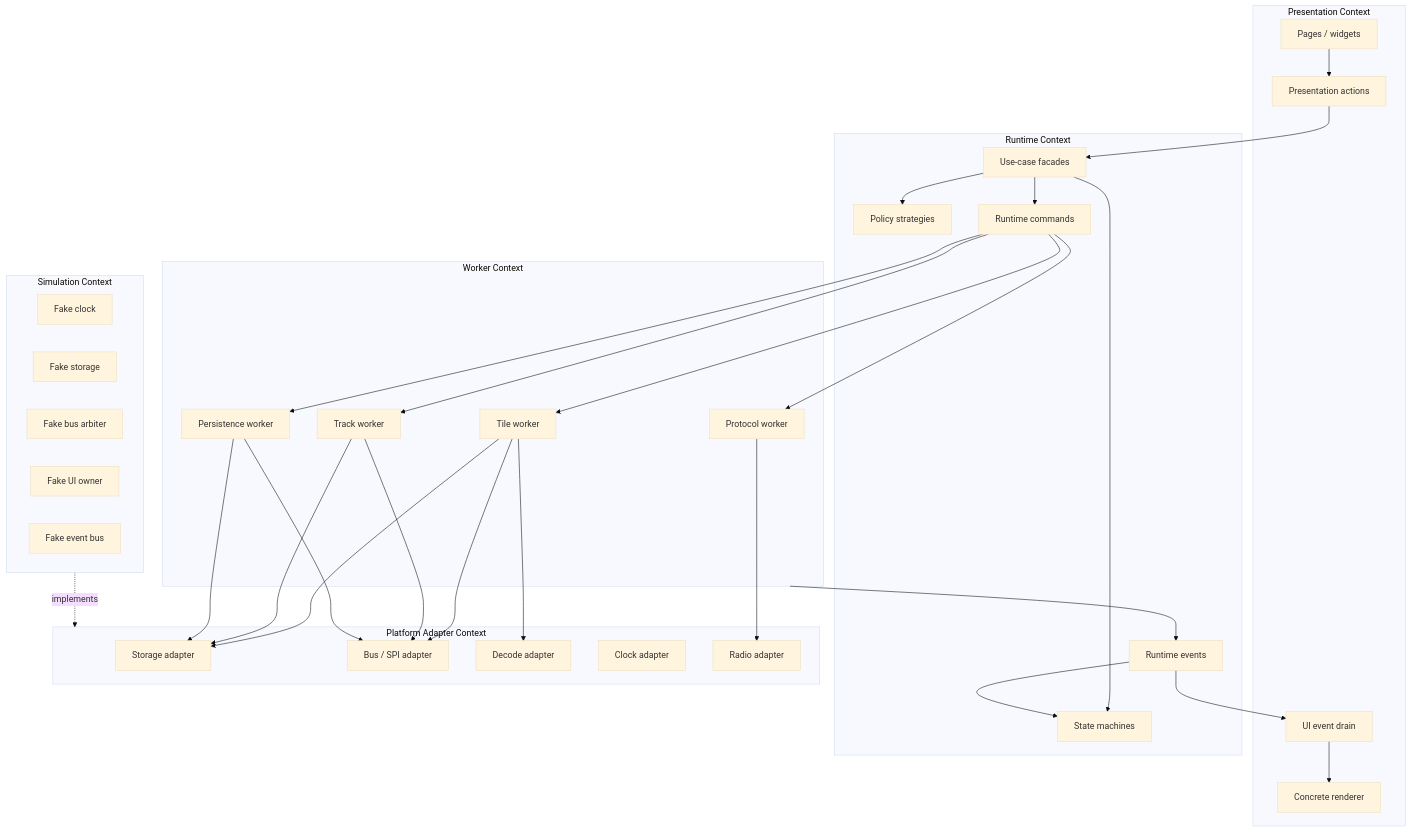
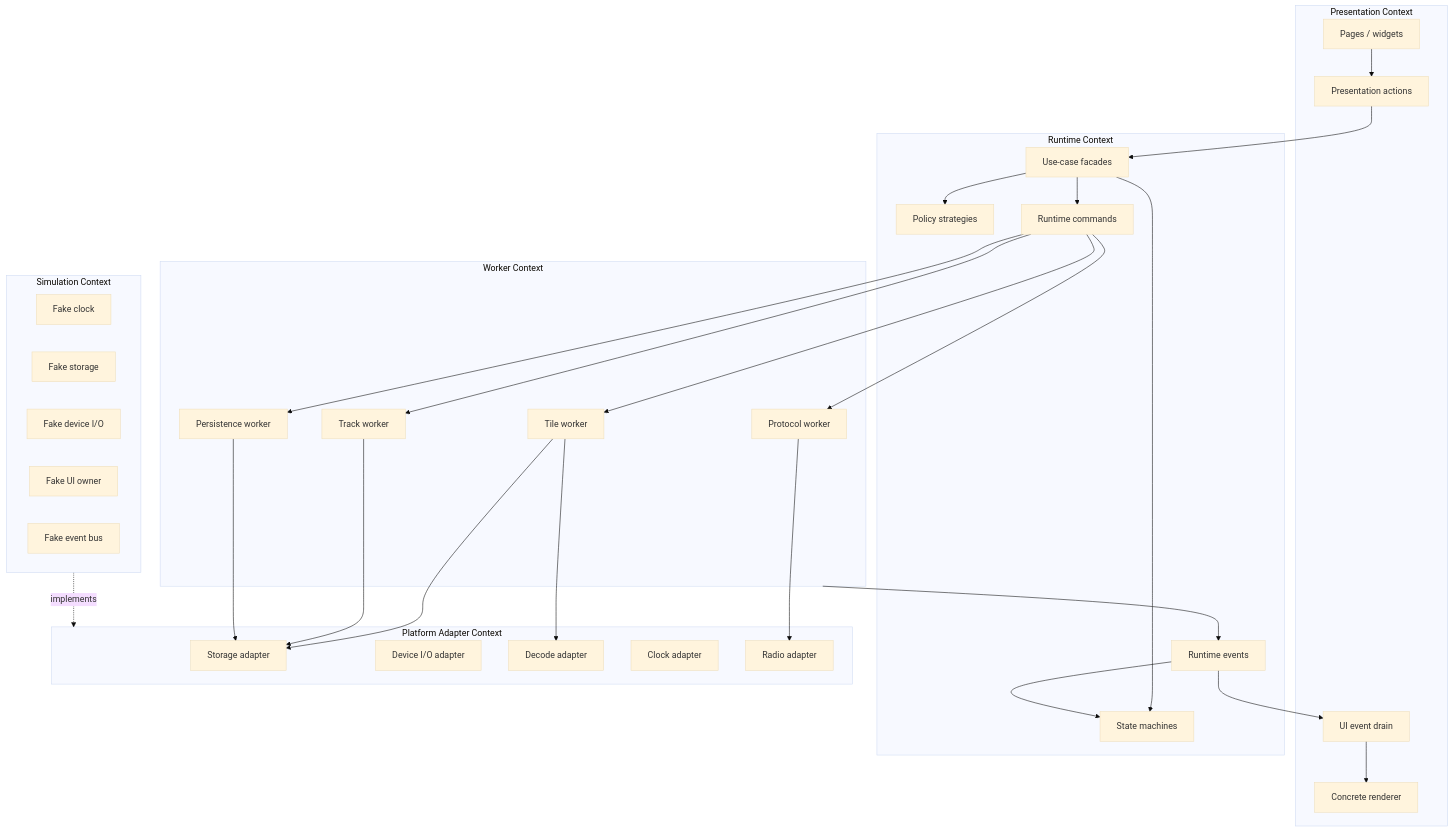
Before and after one commit to manmuqingshan/trail-mate: the fourth of 23 diagrams in docs/specification/UI_STORAGE_EVENT_RUNTIME_DESIGN_SPEC.md, drawn with Mermaid (base theme). The commit also changed other lines of this file and 95 other files, not shown here.

````diff
--- a/docs/specification/UI_STORAGE_EVENT_RUNTIME_DESIGN_SPEC.md
+++ b/docs/specification/UI_STORAGE_EVENT_RUNTIME_DESIGN_SPEC.md
@@ -479,63 +437,60 @@
 ```mermaid
 flowchart TB
   subgraph Presentation["Presentation Context"]
     Pages["Pages / widgets"]
     UiActions["Presentation actions"]
     UiDrain["UI event drain"]
     Renderer["Concrete renderer"]
   end
 
   subgraph RuntimeContext["Runtime Context"]
     Facades["Use-case facades"]
     StateMachines["State machines"]
     Policies["Policy strategies"]
     Events["Runtime events"]
     Commands["Runtime commands"]
   end
 
   subgraph WorkerContext["Worker Context"]
     TileWorker["Tile worker"]
     TrackWorker["Track worker"]
     PersistWorker["Persistence worker"]
     ProtocolWorker["Protocol worker"]
   end
 
   subgraph PlatformContext["Platform Adapter Context"]
     StorageAdapter["Storage adapter"]
-    BusAdapter["Bus / SPI adapter"]
+    DeviceIo["Device I/O adapter"]
     DecodeAdapter["Decode adapter"]
     ClockAdapter["Clock adapter"]
     RadioAdapter["Radio adapter"]
   end
 
   subgraph TestContext["Simulation Context"]
     FakeClock["Fake clock"]
     FakeStorage["Fake storage"]
-    FakeBus["Fake bus arbiter"]
+    FakeDeviceIo["Fake device I/O"]
     FakeUi["Fake UI owner"]
     FakeEvents["Fake event bus"]
   end
 
   Pages --> UiActions
   UiActions --> Facades
   Facades --> Commands
   Facades --> StateMachines
   Facades --> Policies
   Commands --> TileWorker
   Commands --> TrackWorker
   Commands --> PersistWorker
   Commands --> ProtocolWorker
   TileWorker --> StorageAdapter
   TrackWorker --> StorageAdapter
   PersistWorker --> StorageAdapter
-  TileWorker --> BusAdapter
-  TrackWorker --> BusAdapter
-  PersistWorker --> BusAdapter
   TileWorker --> DecodeAdapter
   ProtocolWorker --> RadioAdapter
   WorkerContext --> Events
   Events --> StateMachines
   Events --> UiDrain
   UiDrain --> Renderer
   TestContext -.implements.-> PlatformContext
 ```
````
